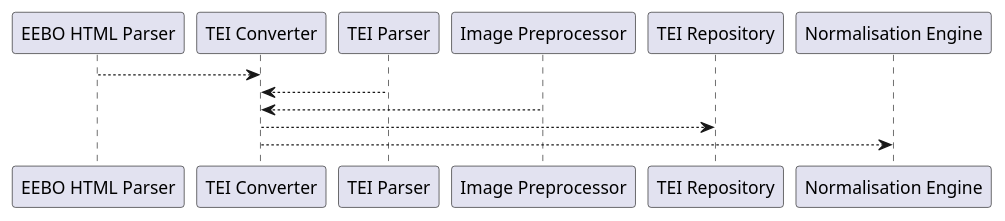
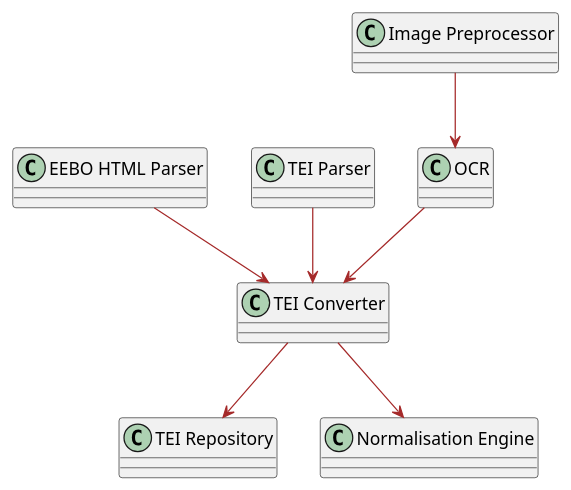
One commit to leegee/mutatis-mutandis changed the diagram in docs/uml/connections/processing.puml. Above: the diagram before and after it, drawn with PlantUML. The commit also changed 5 other files, not shown here.

```diff
--- a/docs/uml/connections/processing.puml
+++ b/docs/uml/connections/processing.puml
@@ -1,8 +1,9 @@
 ' Ingestion → Processing Pipeline
-"EEBO HTML Parser" --> "TEI Converter"
-"TEI Parser" --> "TEI Converter"
-"Image Preprocessor" --> "TEI Converter"
+"EEBO HTML Parser" --> "TEI Converter" #brown
+"TEI Parser" --> "TEI Converter" #brown
+"Image Preprocessor" --> "OCR" #brown
+"OCR" =-> "TEI Converter" #brown
 
 ' TEI Converter → Storage
-"TEI Converter" --> "TEI Repository"
-"TEI Converter" --> "Normalisation Engine"
+"TEI Converter" --> "TEI Repository" #brown
+"TEI Converter" --> "Normalisation Engine" #brown
```
